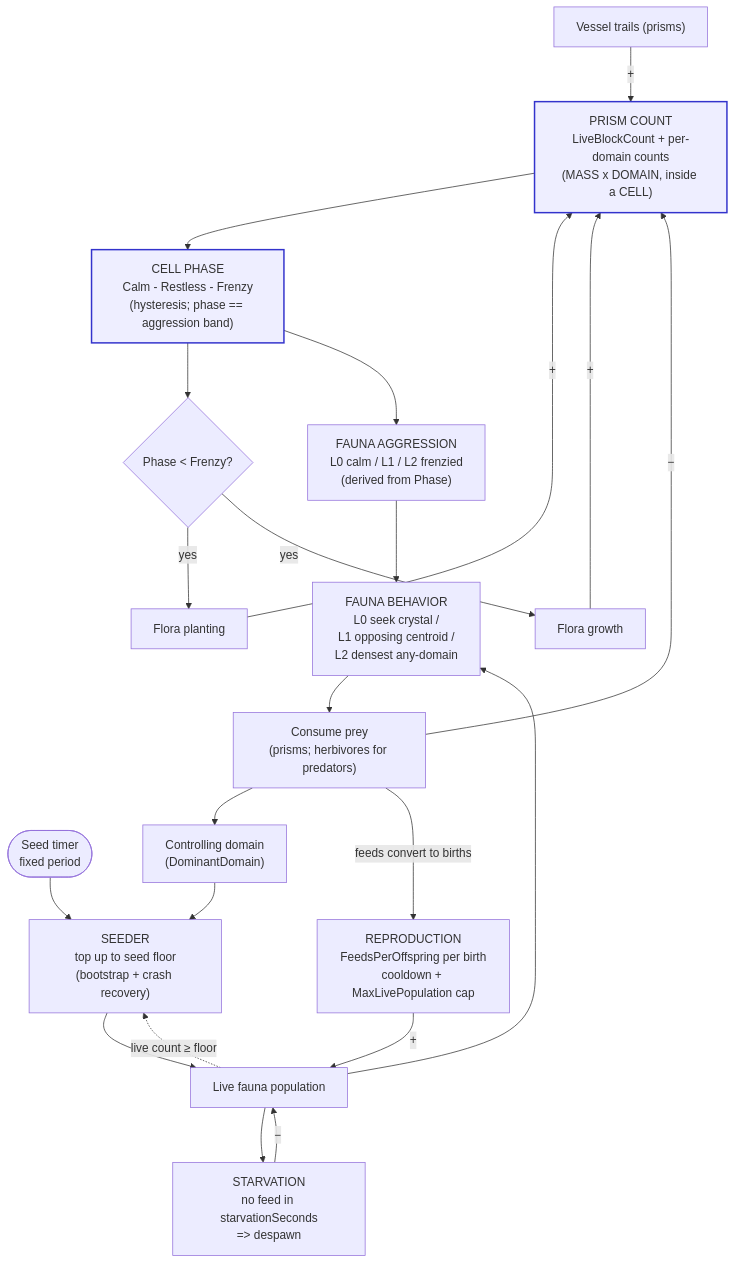
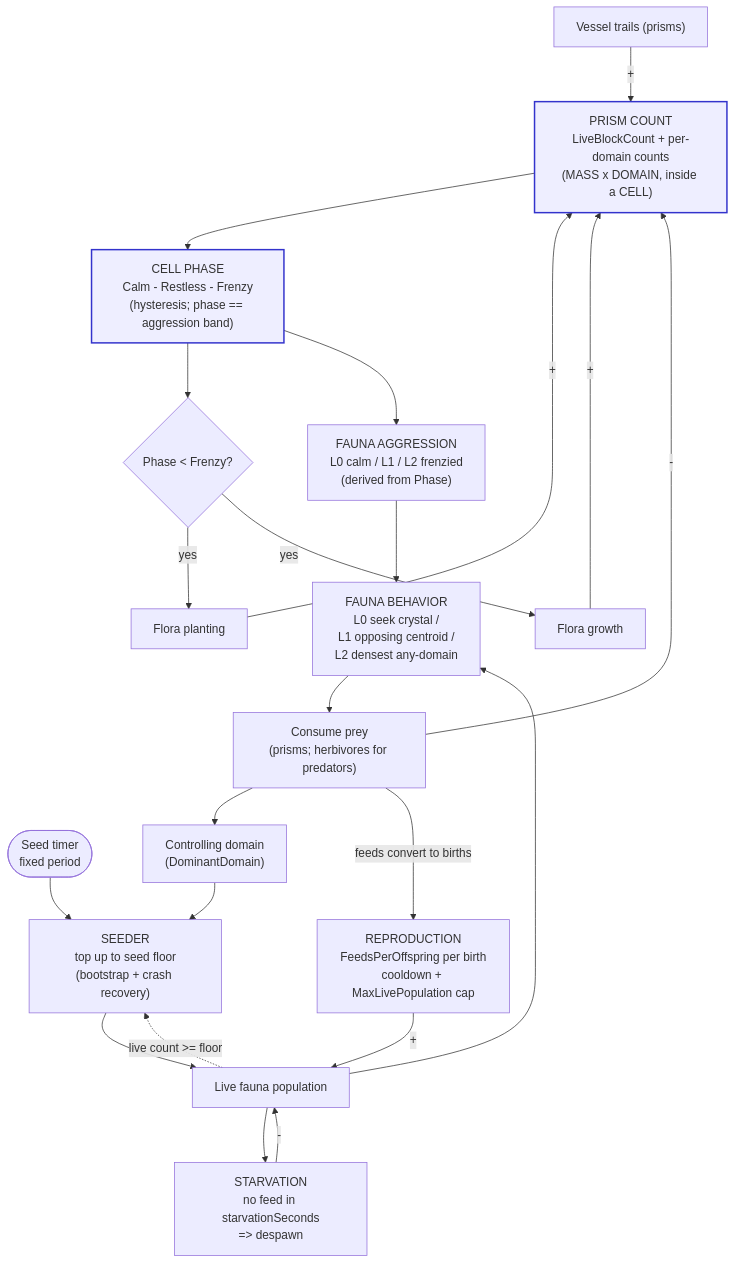
One commit to froglet-studio/Cosmic-Shore changed the first of 2 diagrams in Docs/ECOSYSTEM.md. Above: the diagram before and after it, drawn with Mermaid. The commit also changed other lines of this file and 635 other files, not shown here.

````diff
--- a/Docs/ECOSYSTEM.md
+++ b/Docs/ECOSYSTEM.md
@@ -117,39 +117,39 @@
 ```mermaid
 flowchart TD
     TRAIL["Vessel trails (prisms)"] -->|+| COUNT
     FPLANT["Flora planting"] -->|+| COUNT
     FGROW["Flora growth"] -->|+| COUNT
 
     COUNT["PRISM COUNT<br/>LiveBlockCount + per-domain counts<br/>(MASS x DOMAIN, inside a CELL)"]
     COUNT --> PHASE["CELL PHASE<br/>Calm - Restless - Frenzy<br/>(hysteresis; phase == aggression band)"]
 
     %% Flora grow + plant at a steady rate until Frenzy (ONE gate, no self-limit)
     PHASE --> GGROW{"Phase &lt; Frenzy?"}
     GGROW -->|yes| FPLANT
     GGROW -->|yes| FGROW
 
     %% Aggression is the ONLY thing prism count feeds into fauna (per redesign)
     PHASE --> AGGRO["FAUNA AGGRESSION<br/>L0 calm / L1 / L2 frenzied<br/>(derived from Phase)"]
 
     %% The seeder only tops the species up to its seed floor (bootstrap/recovery)
     TIMER(["Seed timer<br/>fixed period"]) --> SEED
     DOM["Controlling domain<br/>(DominantDomain)"] --> SEED
     SEED["SEEDER<br/>top up to seed floor<br/>(bootstrap + crash recovery)"]
 
     SEED --> POP["Live fauna population"]
     AGGRO --> BEHAVE
     POP --> BEHAVE["FAUNA BEHAVIOR<br/>L0 seek crystal /<br/>L1 opposing centroid /<br/>L2 densest any-domain"]
     BEHAVE --> CONSUME["Consume prey<br/>(prisms; herbivores for predators)"]
-    CONSUME -->|−| COUNT
+    CONSUME -->|-| COUNT
     CONSUME --> DOM
 
-    %% Population control — the food web closes the loop both ways
+    %% Population control - the food web closes the loop both ways
     CONSUME -->|feeds convert to births| REPRO["REPRODUCTION<br/>FeedsPerOffspring per birth<br/>cooldown + MaxLivePopulation cap"]
     REPRO -->|+| POP
     POP --> STARVE["STARVATION<br/>no feed in starvationSeconds<br/>=> despawn"]
-    STARVE -->|−| POP
-    POP -.->|live count ≥ floor| SEED
+    STARVE -->|-| POP
+    POP -.->|live count >= floor| SEED
 
     classDef state fill:#eef,stroke:#33c,stroke-width:2px;
     class COUNT,PHASE state;
 ```
````
